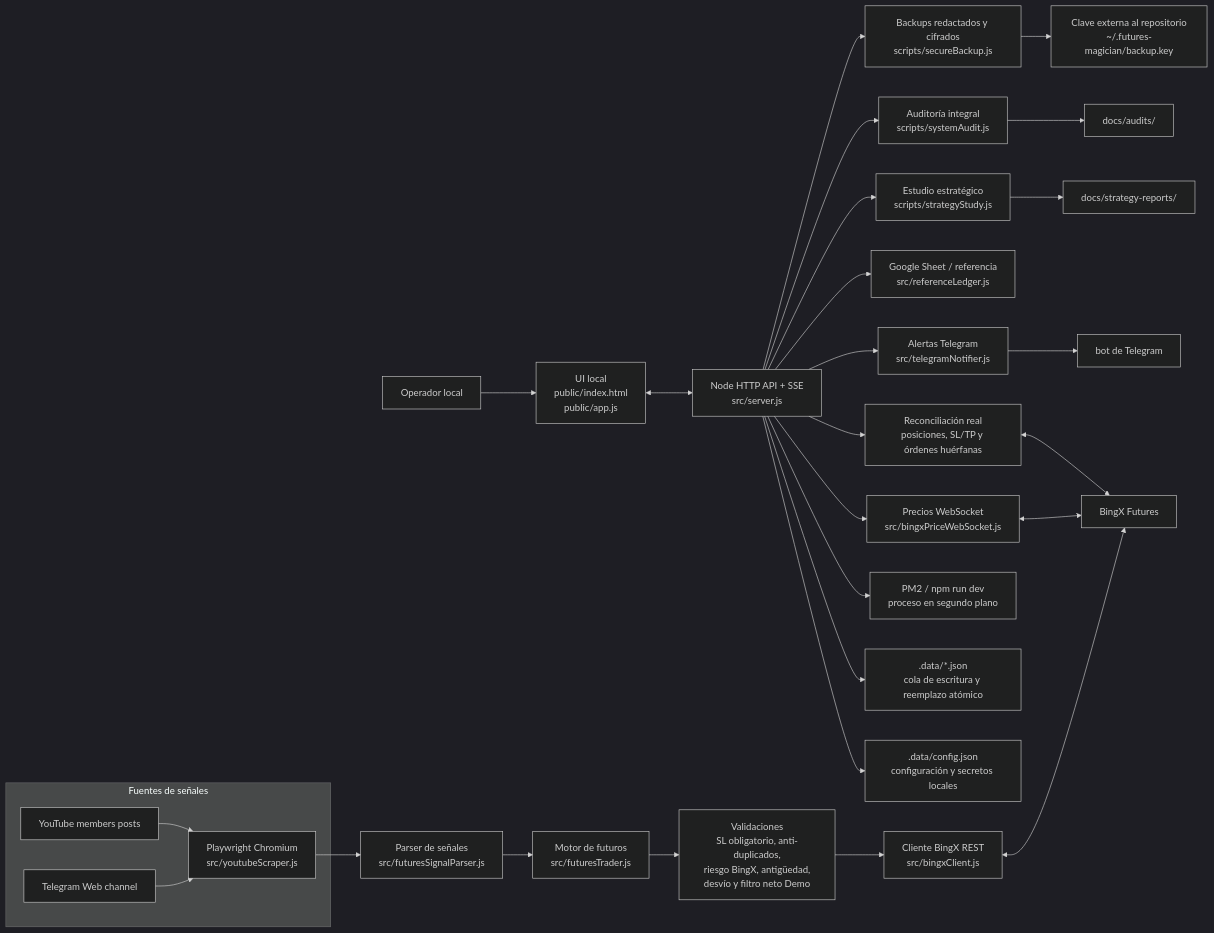
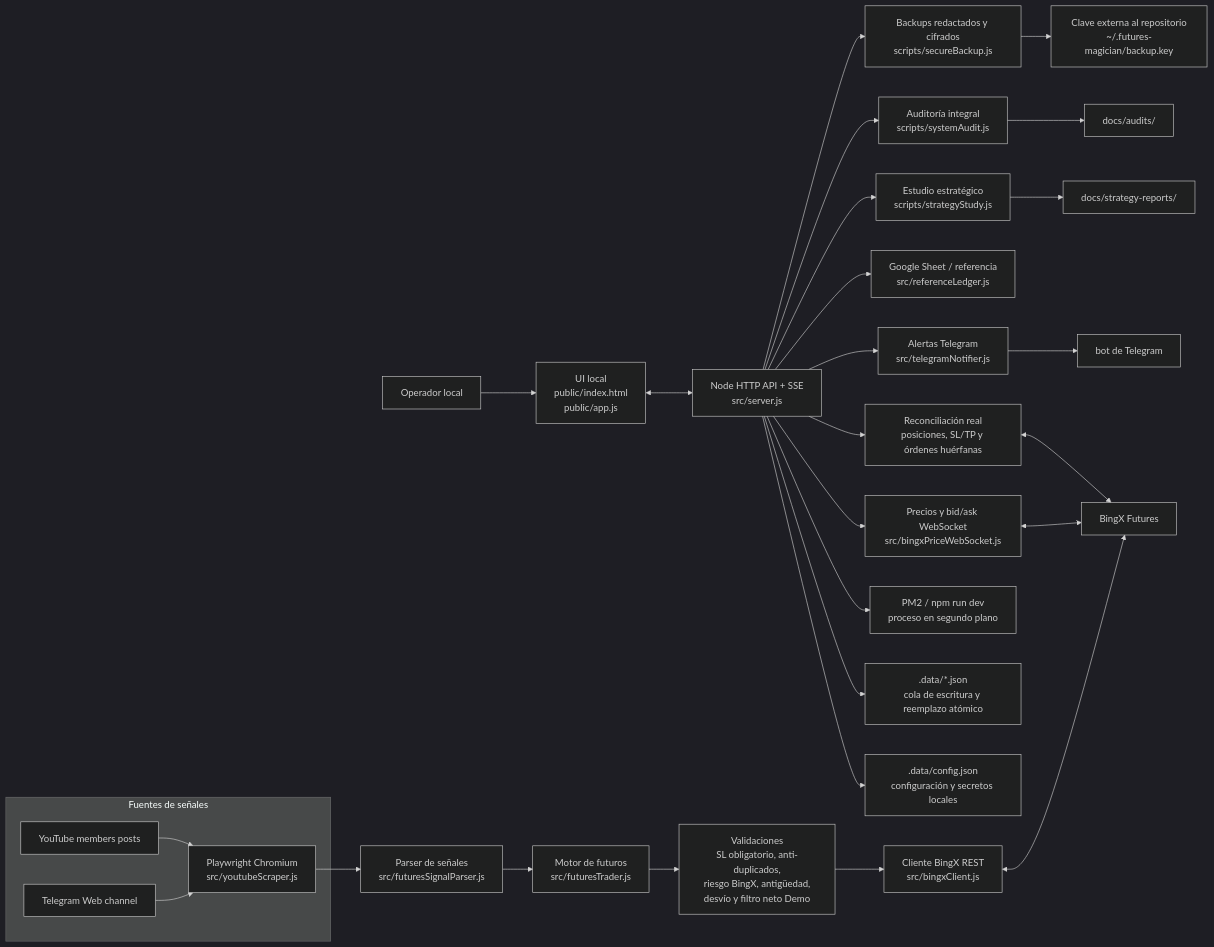
One commit to JotaTerrasa/yt-members-signal-trader changed the diagram in README.md. Above: the diagram before and after it, drawn with Mermaid (dark theme). The commit also changed other lines of this file and 16 other files, not shown here.

````diff
--- a/README.md
+++ b/README.md
@@ -59,35 +59,35 @@
 ```mermaid
 flowchart LR
   operator["Operador local"] --> ui["UI local<br/>public/index.html<br/>public/app.js"]
   ui <--> api["Node HTTP API + SSE<br/>src/server.js"]
   api --> config[".data/config.json<br/>configuración y secretos locales"]
   api --> stores[".data/*.json<br/>cola de escritura y reemplazo atómico"]
   api --> pm2["PM2 / npm run dev<br/>proceso en segundo plano"]
 
   subgraph sources["Fuentes de señales"]
     youtube["YouTube members posts"] --> scraper["Playwright Chromium<br/>src/youtubeScraper.js"]
     telegramWeb["Telegram Web channel"] --> scraper
   end
 
   scraper --> parser["Parser de señales<br/>src/futuresSignalParser.js"]
   parser --> trader["Motor de futuros<br/>src/futuresTrader.js"]
   trader --> risk["Validaciones<br/>SL obligatorio, anti-duplicados,<br/>riesgo BingX, antigüedad,<br/>desvío y filtro neto Demo"]
   risk --> bingxClient["Cliente BingX REST<br/>src/bingxClient.js"]
   bingxClient <--> bingx["BingX Futures"]
 
-  api --> priceWs["Precios WebSocket<br/>src/bingxPriceWebSocket.js"]
+  api --> priceWs["Precios y bid/ask WebSocket<br/>src/bingxPriceWebSocket.js"]
   priceWs <--> bingx
   api --> reconcile["Reconciliación real<br/>posiciones, SL/TP y órdenes huérfanas"]
   reconcile <--> bingx
 
   api --> notifier["Alertas Telegram<br/>src/telegramNotifier.js"]
   notifier --> telegramBot["bot de Telegram"]
 
   api --> sheet["Google Sheet / referencia<br/>src/referenceLedger.js"]
   api --> study["Estudio estratégico<br/>scripts/strategyStudy.js"]
   study --> reports["docs/strategy-reports/"]
   api --> audit["Auditoría integral<br/>scripts/systemAudit.js"]
   audit --> auditReports["docs/audits/"]
   api --> backup["Backups redactados y cifrados<br/>scripts/secureBackup.js"]
   backup --> key["Clave externa al repositorio<br/>~/.futures-magician/backup.key"]
 ```
````
